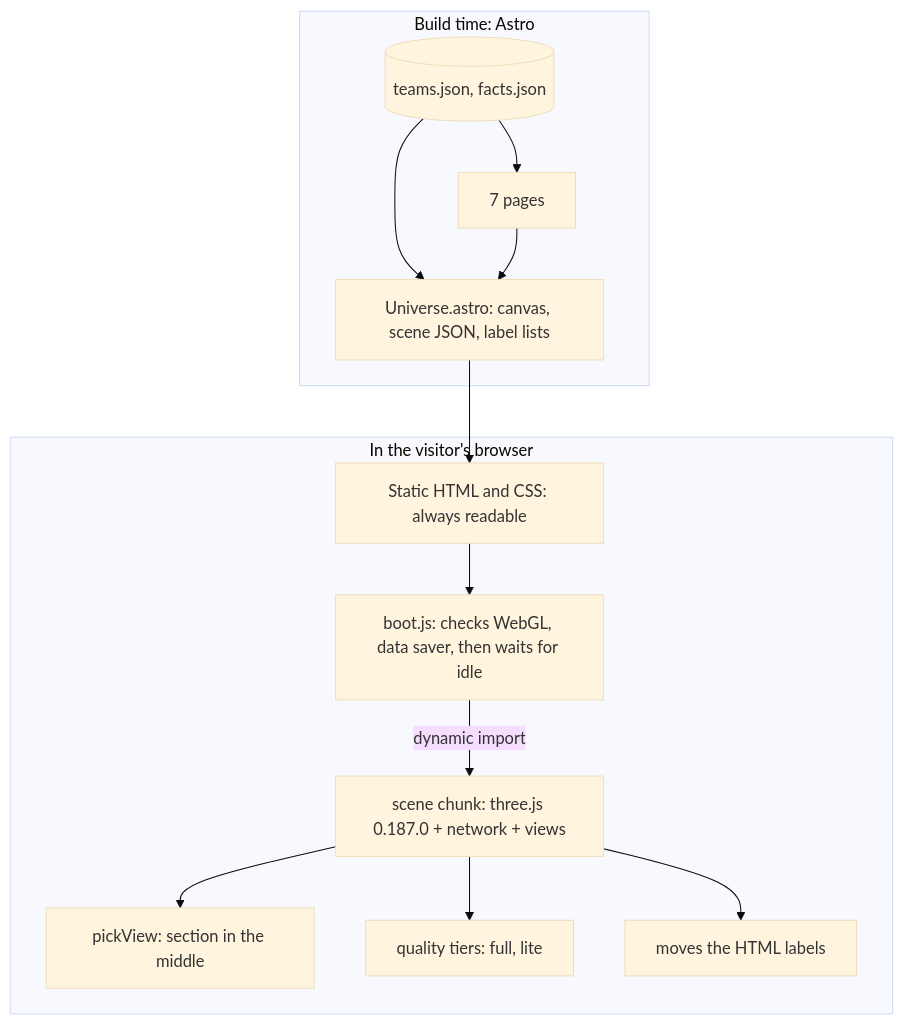
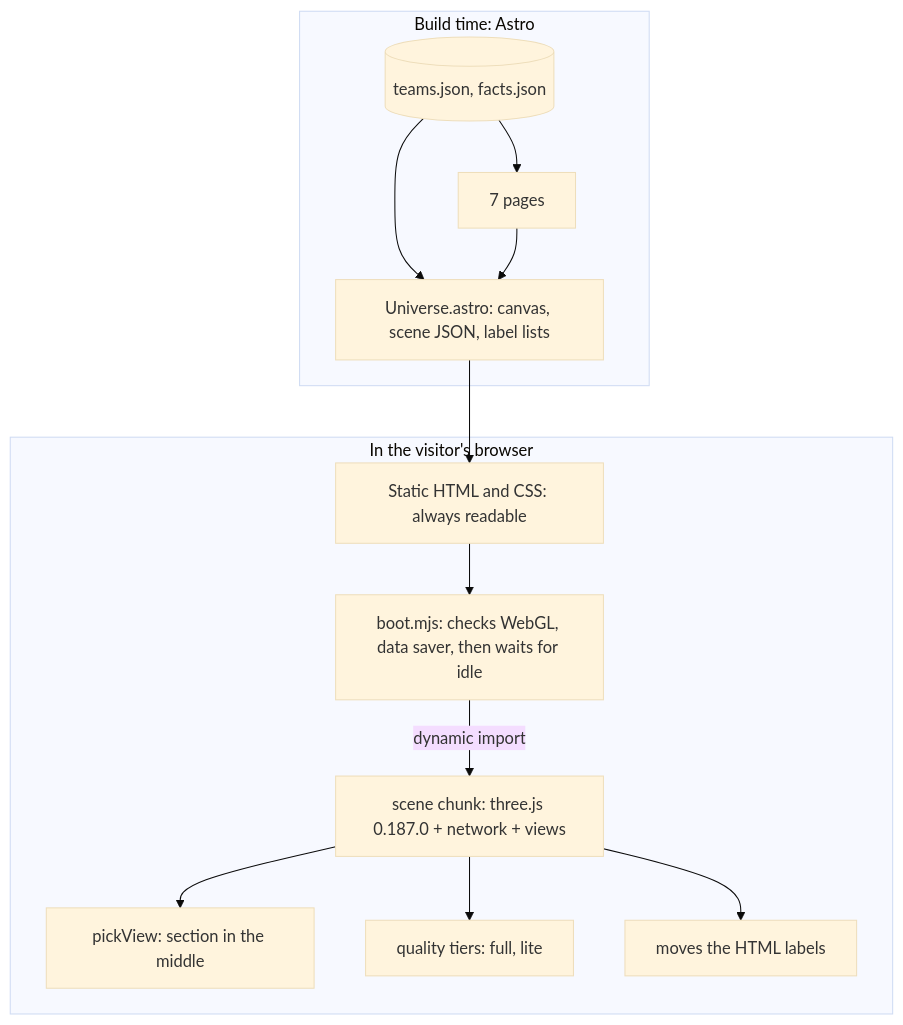
One commit to TechNaom/technaom.github.io changed the second of 3 diagrams in docs/orbit/architecture.md. Above: the diagram before and after it, drawn with Mermaid (base theme). The commit also changed other lines of this file and 4 other files, not shown here.

````diff
--- a/docs/orbit/architecture.md
+++ b/docs/orbit/architecture.md
@@ -25,16 +25,16 @@
 ```mermaid
 flowchart TB
   subgraph build[Build time: Astro]
     teams[(teams.json, facts.json)] --> pages[7 pages]
     teams --> uni[Universe.astro: canvas, scene JSON, label lists]
     pages --> uni
   end
   subgraph browser[In the visitor's browser]
-    html[Static HTML and CSS: always readable] --> boot[boot.js: checks WebGL, data saver, then waits for idle]
+    html[Static HTML and CSS: always readable] --> boot[boot.mjs: checks WebGL, data saver, then waits for idle]
     boot -->|dynamic import| chunk[scene chunk: three.js 0.187.0 + network + views]
     chunk --> pick[pickView: section in the middle]
     chunk --> tiers[quality tiers: full, lite]
     chunk --> labels[moves the HTML labels]
   end
   uni --> html
 ```
````
